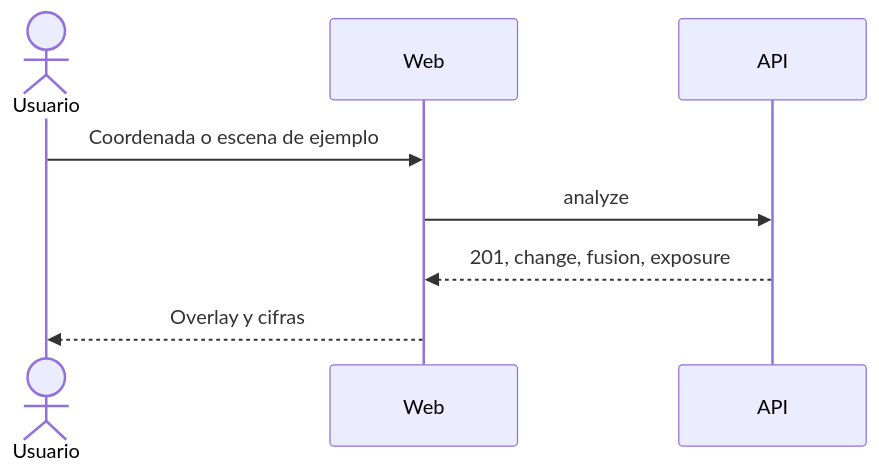
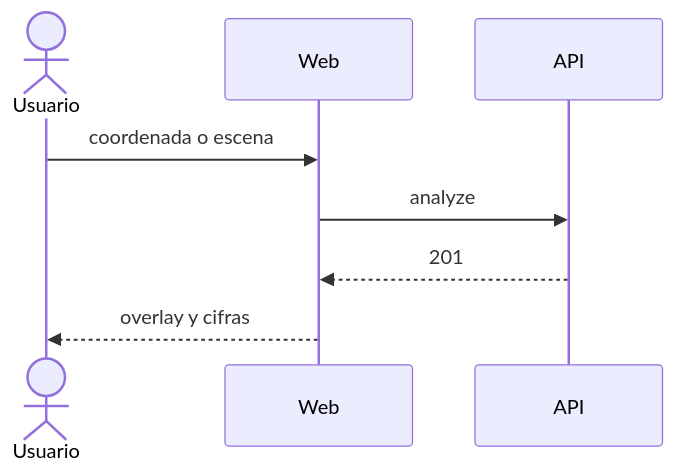
Before and after one commit to Charlsz/Tune: the third of 4 diagrams in docs/SegundoInforme.md, drawn with Mermaid. The commit also changed other lines of this file, not shown here.

````diff
--- a/docs/SegundoInforme.md
+++ b/docs/SegundoInforme.md
@@ -317,10 +255,10 @@
 ```mermaid
 sequenceDiagram
   actor Usuario
   participant Web
   participant API
-  Usuario->>Web: Coordenada o escena de ejemplo
+  Usuario->>Web: coordenada o escena
   Web->>API: analyze
-  API-->>Web: 201, change, fusion, exposure
-  Web-->>Usuario: Overlay y cifras
+  API-->>Web: 201
+  Web-->>Usuario: overlay y cifras
 ```
````
